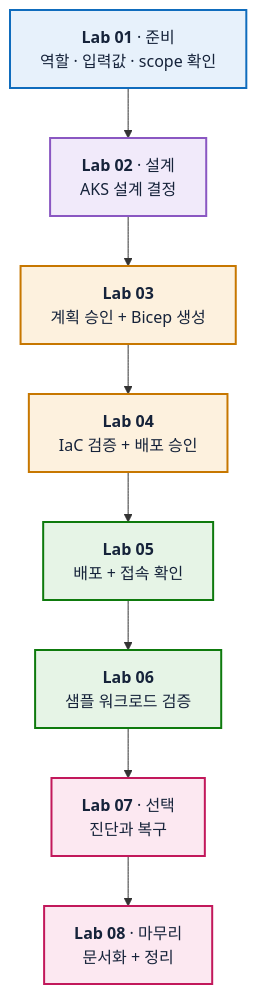
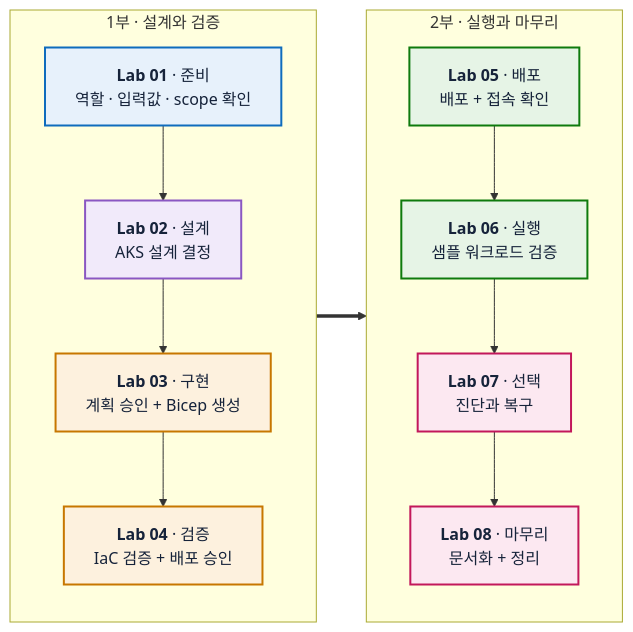
Before and after one commit to wonsungso/azure-infra-skills-workshop: the diagram in README.md, drawn with Mermaid. The commit also changed other lines of this file and 2 other files, not shown here.

Commit message:
Lay out workshop flow as two Mermaid columns and drop the PNG diagram
Lab 01-04 render in the left column and Lab 05-08 in the right, replacing the removed img/ assets.

````diff
--- a/README.md
+++ b/README.md
@@ -16,25 +9,34 @@
 ```mermaid
-flowchart TB
-    A["<b>Lab 01</b> · 준비<br/>역할 · 입력값 · scope 확인"]
-    B["<b>Lab 02</b> · 설계<br/>AKS 설계 결정"]
-    C["<b>Lab 03</b><br/>계획 승인 + Bicep 생성"]
-    D["<b>Lab 04</b><br/>IaC 검증 + 배포 승인"]
-    E["<b>Lab 05</b><br/>배포 + 접속 확인"]
-    F["<b>Lab 06</b><br/>샘플 워크로드 검증"]
-    G["<b>Lab 07</b> · 선택<br/>진단과 복구"]
-    H["<b>Lab 08</b> · 마무리<br/>문서화 + 정리"]
+flowchart LR
+    subgraph PART1["1부 · 설계와 검증"]
+        direction TB
+        A["<b>Lab 01</b> · 준비<br/>역할 · 입력값 · scope 확인"]
+        B["<b>Lab 02</b> · 설계<br/>AKS 설계 결정"]
+        C["<b>Lab 03</b> · 구현<br/>계획 승인 + Bicep 생성"]
+        D["<b>Lab 04</b> · 검증<br/>IaC 검증 + 배포 승인"]
+        A --> B --> C --> D
+    end
 
-    A --> B --> C --> D --> E --> F --> G --> H
+    subgraph PART2["2부 · 실행과 마무리"]
+        direction TB
+        E["<b>Lab 05</b> · 배포<br/>배포 + 접속 확인"]
+        F["<b>Lab 06</b> · 실행<br/>샘플 워크로드 검증"]
+        G["<b>Lab 07</b> · 선택<br/>진단과 복구"]
+        H["<b>Lab 08</b> · 마무리<br/>문서화 + 정리"]
+        E --> F --> G --> H
+    end
+
+    D ==> E
 
     classDef prep fill:#E7F1FB,stroke:#0F6CBD,stroke-width:2px,color:#16233A
     classDef design fill:#F1EAFA,stroke:#8A57C2,stroke-width:2px,color:#16233A
     classDef build fill:#FDF1DE,stroke:#C77700,stroke-width:2px,color:#16233A
     classDef run fill:#E6F4E6,stroke:#0E7A0D,stroke-width:2px,color:#16233A
     classDef wrap fill:#FCE8F1,stroke:#C2185B,stroke-width:2px,color:#16233A
 
     class A prep
     class B design
     class C,D build
     class E,F run
     class G,H wrap
 ```
````
